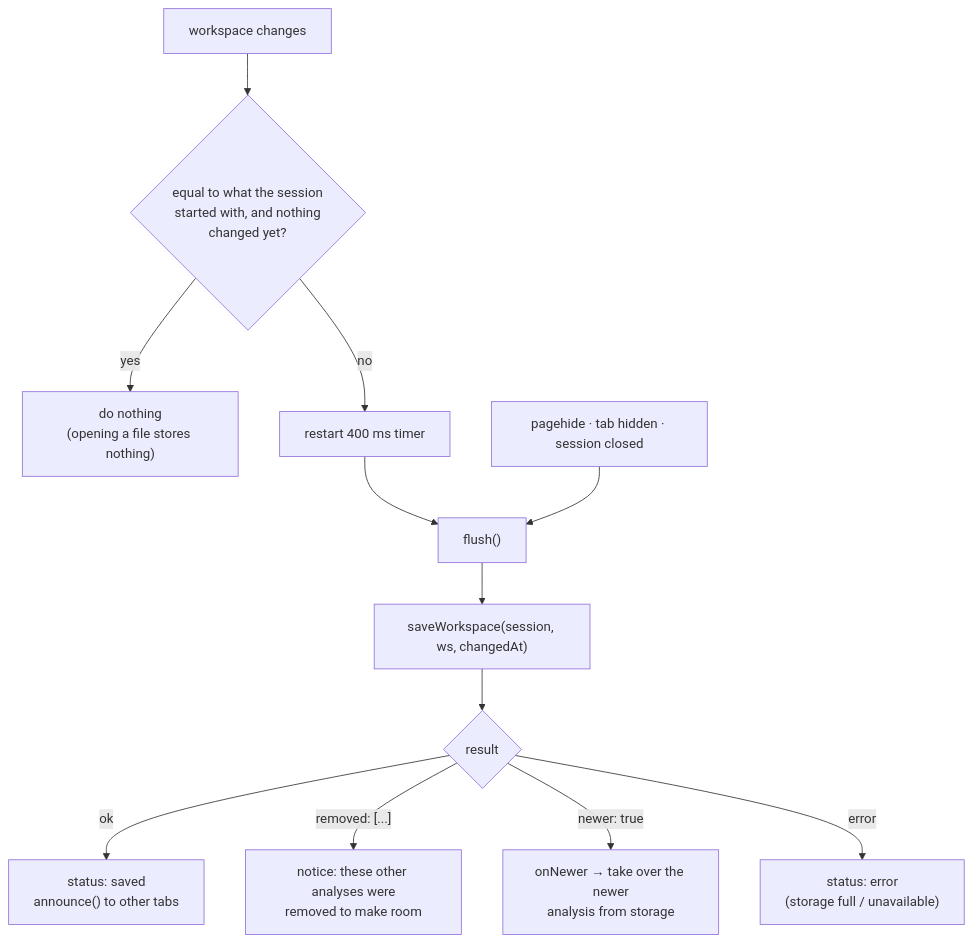
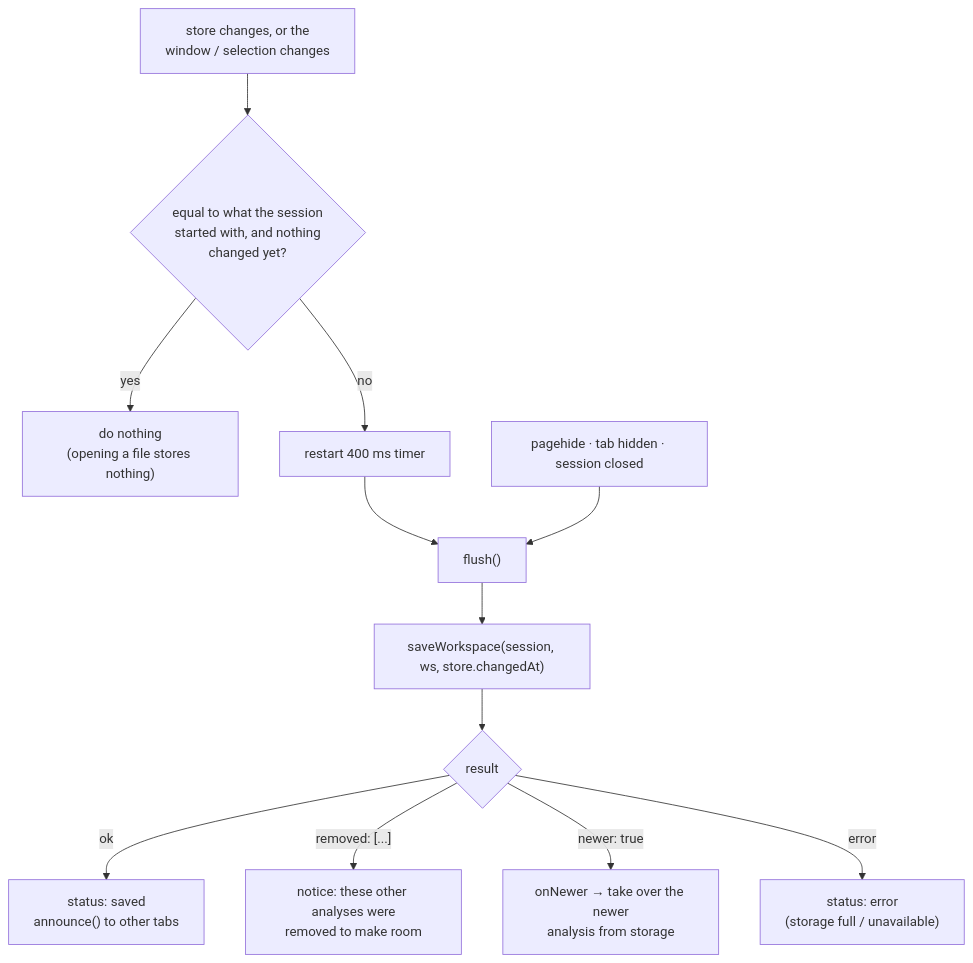
One commit to TeodorSameisky/SCOPE_VIEWER changed the second of 2 diagrams in docs/state-and-persistence.md. Above: the diagram before and after it, drawn with Mermaid. The commit also changed other lines of this file and 19 other files, not shown here.

````diff
--- a/docs/state-and-persistence.md
+++ b/docs/state-and-persistence.md
@@ -141,14 +186,14 @@
 ```mermaid
 flowchart TD
-  A["workspace changes"] --> B{"equal to what the session<br/>started with, and nothing<br/>changed yet?"}
+  A["store changes, or the<br/>window / selection changes"] --> B{"equal to what the session<br/>started with, and nothing<br/>changed yet?"}
   B -- yes --> Z["do nothing<br/>(opening a file stores nothing)"]
   B -- no --> C["restart 400 ms timer"]
   C --> D["flush()"]
   E["pagehide · tab hidden · session closed"] --> D
-  D --> F["saveWorkspace(session, ws, changedAt)"]
+  D --> F["saveWorkspace(session, ws, store.changedAt)"]
   F --> G{"result"}
   G -- "ok" --> H["status: saved<br/>announce() to other tabs"]
   G -- "removed: [...]" --> I["notice: these other analyses were<br/>removed to make room"]
   G -- "newer: true" --> J["onNewer → take over the newer<br/>analysis from storage"]
   G -- "error" --> K["status: error<br/>(storage full / unavailable)"]
 ```
````
